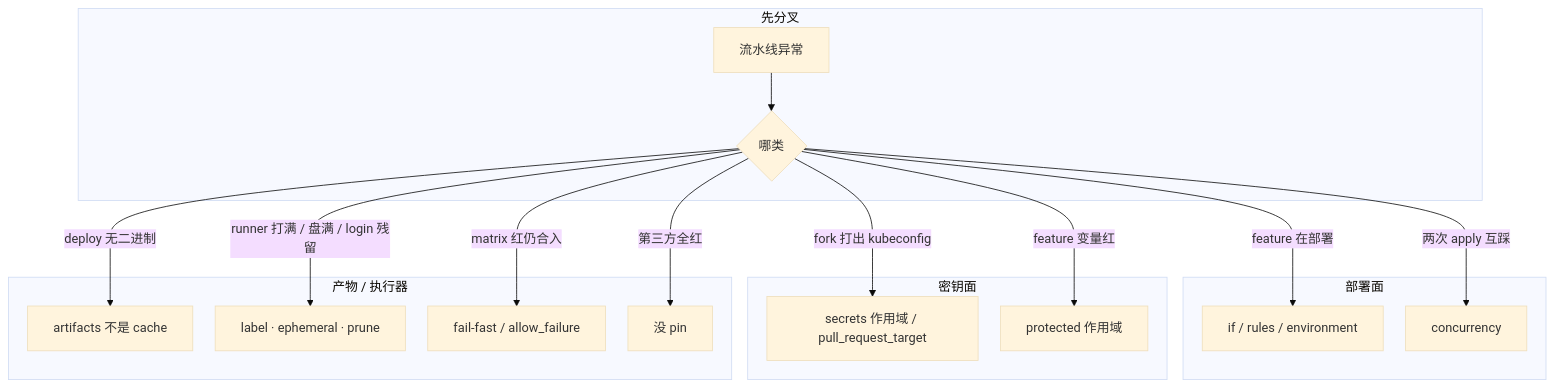
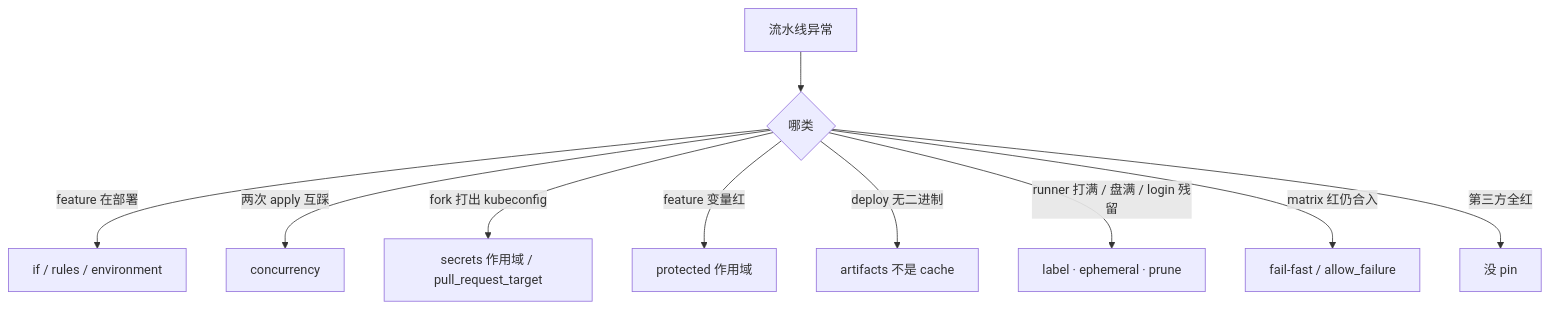
Before and after one commit to ml-cuizijun/LearnToLilith: the fourth of 4 diagrams in 04-工程化与自动化/05-GitHub-Actions与GitLab-CI/知识点.md, drawn with Mermaid. The commit also changed other lines of this file and 178 other files, not shown here.

````diff
--- a/04-工程化与自动化/05-GitHub-Actions与GitLab-CI/知识点.md
+++ b/04-工程化与自动化/05-GitHub-Actions与GitLab-CI/知识点.md
@@ -598,28 +489,12 @@
 ```mermaid
-%%{init: {"flowchart": {"padding": 16, "nodeSpacing": 28, "rankSpacing": 48}, "theme": "base"}}%%
 flowchart TB
-    subgraph gate ["先分叉"]
-        A[流水线异常] --> B{哪类}
-    end
-
-    subgraph deploy ["部署面"]
-        B -->|feature 在部署| C[if / rules / environment]
-        B -->|两次 apply 互踩| D[concurrency]
-    end
-
-    subgraph secret ["密钥面"]
-        B -->|fork 打出 kubeconfig| E[secrets 作用域 / pull_request_target]
-        B -->|feature 变量红| F[protected 作用域]
-    end
-
-    subgraph art ["产物 / 执行器"]
-        B -->|deploy 无二进制| G[artifacts 不是 cache]
-        B -->|runner 打满 / 盘满 / login 残留| H[label · ephemeral · prune]
-        B -->|matrix 红仍合入| I[fail-fast / allow_failure]
-        B -->|第三方全红| J[没 pin]
-    end
-
-    class C,G,H a
-    class E,D,I b
-
+    A[流水线异常] --> B{哪类}
+    B -->|feature 在部署| C[if / rules / environment]
+    B -->|两次 apply 互踩| D[concurrency]
+    B -->|fork 打出 kubeconfig| E[secrets 作用域 / pull_request_target]
+    B -->|feature 变量红| F[protected 作用域]
+    B -->|deploy 无二进制| G[artifacts 不是 cache]
+    B -->|runner 打满 / 盘满 / login 残留| H[label · ephemeral · prune]
+    B -->|matrix 红仍合入| I[fail-fast / allow_failure]
+    B -->|第三方全红| J[没 pin]
 ```
````
